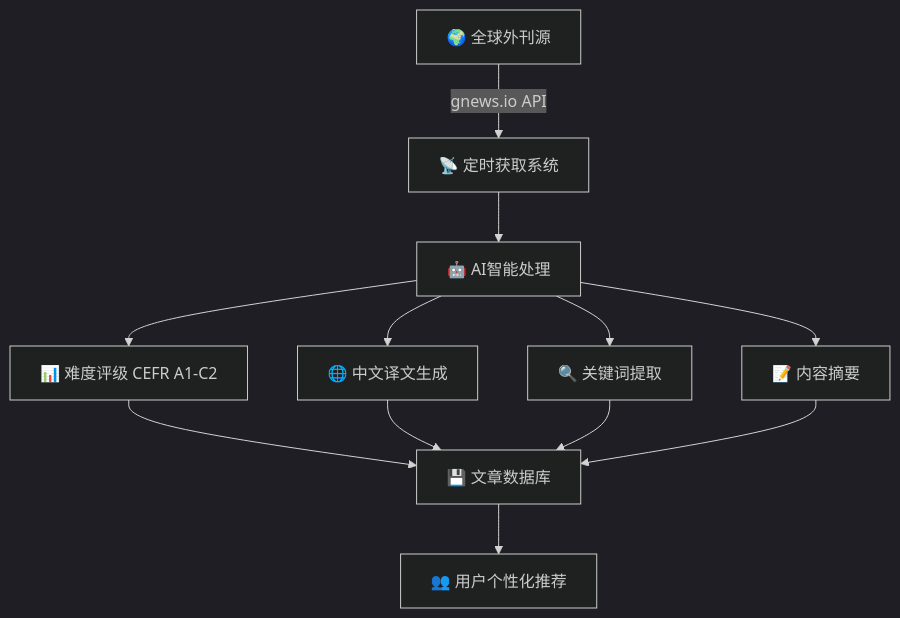
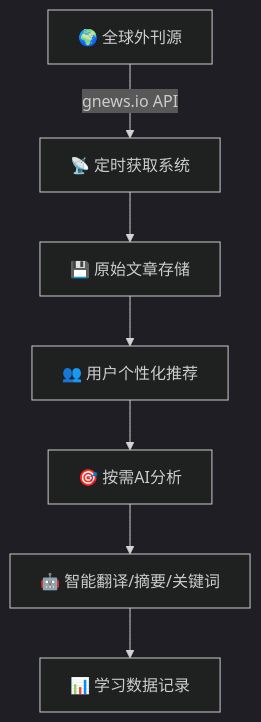
The first of 2 diagrams in README.md (RiverXue/readup), drawn with Mermaid (dark theme) before and after one commit. The commit also changed other lines of this file and 2 other files, not shown here.

````diff
--- a/README.md
+++ b/README.md
@@ -9,11 +9,9 @@
 ```mermaid
 graph TD
     A[🌍 全球外刊源] -->|gnews.io API| B[📡 定时获取系统]
-    B --> C[🤖 AI智能处理]
-    C --> D[📊 难度评级 CEFR A1-C2]
-    C --> E[🌐 中文译文生成]
-    C --> F[🔍 关键词提取]
-    C --> G[📝 内容摘要]
-    D & E & F & G --> H[💾 文章数据库]
-    H --> I[👥 用户个性化推荐]
+    B --> C[💾 原始文章存储]
+    C --> D[👥 用户个性化推荐]
+    D --> E[🎯 按需AI分析]
+    E --> F[🤖 智能翻译/摘要/关键词]
+    F --> G[📊 学习数据记录]
 ```
````
